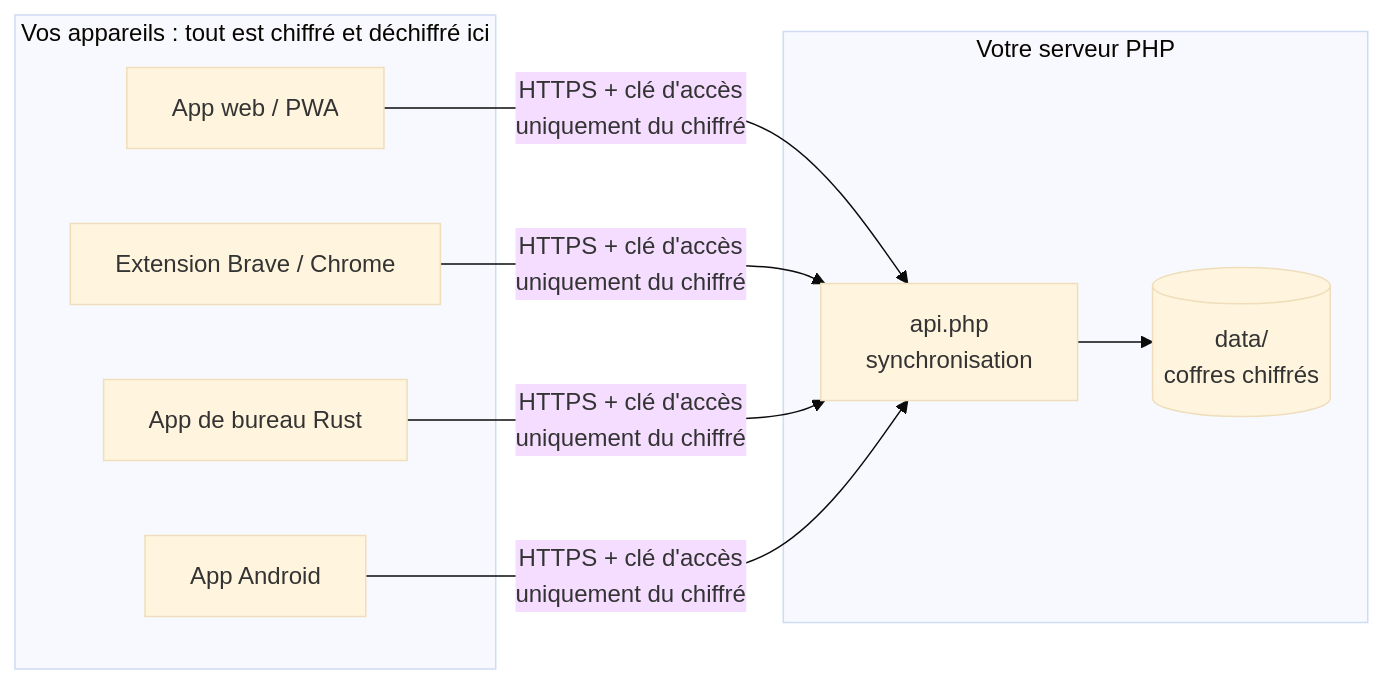
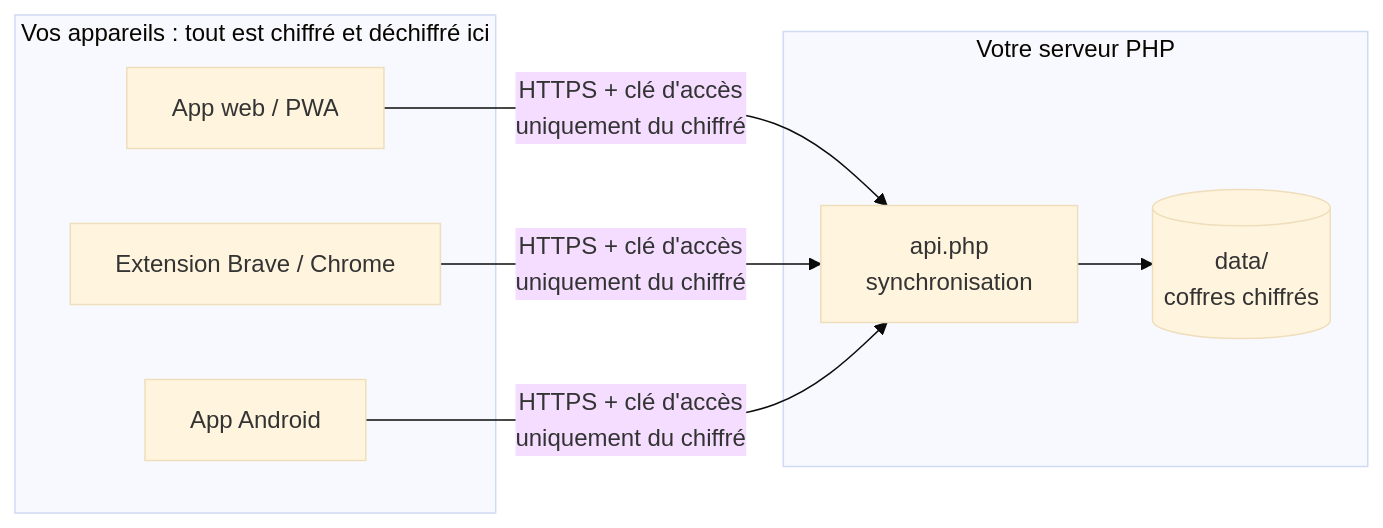
Before and after one commit to fabiochelly/biopass: the diagram in README.md, drawn with Mermaid (base theme). The commit also changed other lines of this file and 47 other files, not shown here.

````diff
--- a/README.md
+++ b/README.md
@@ -64,15 +66,14 @@
 ```mermaid
 flowchart LR
     subgraph Appareils["Vos appareils : tout est chiffré et déchiffré ici"]
         W[App web / PWA]
         E[Extension Brave / Chrome]
-        D[App de bureau Rust]
         A[App Android]
     end
     subgraph Serveur["Votre serveur PHP"]
         API["api.php<br/>synchronisation"]
         DATA[("data/<br/>coffres chiffrés")]
     end
-    W & E & D & A -- "HTTPS + clé d'accès<br/>uniquement du chiffré" --> API
+    W & E & A -- "HTTPS + clé d'accès<br/>uniquement du chiffré" --> API
     API --> DATA
 ```
````
